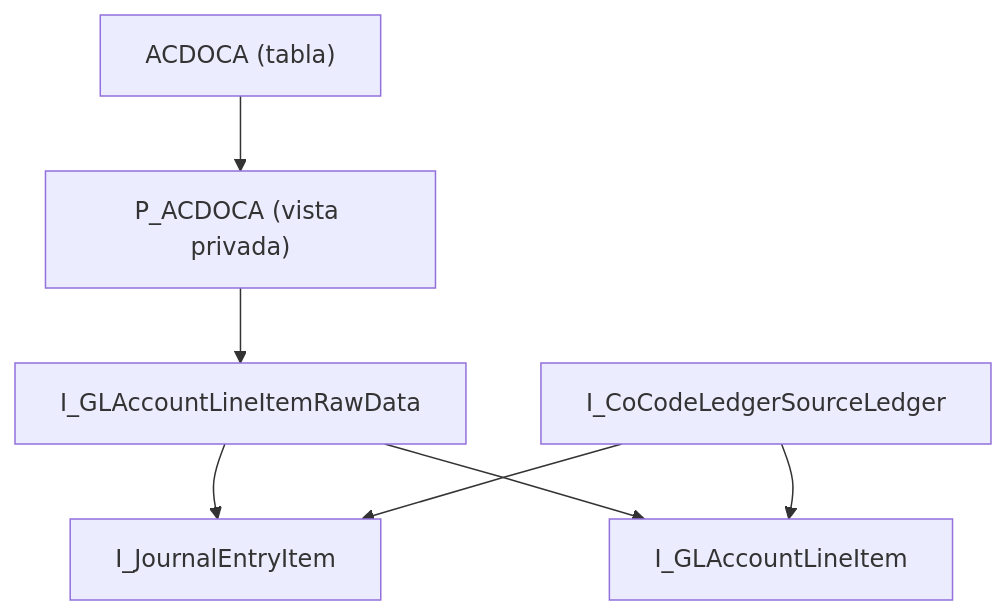
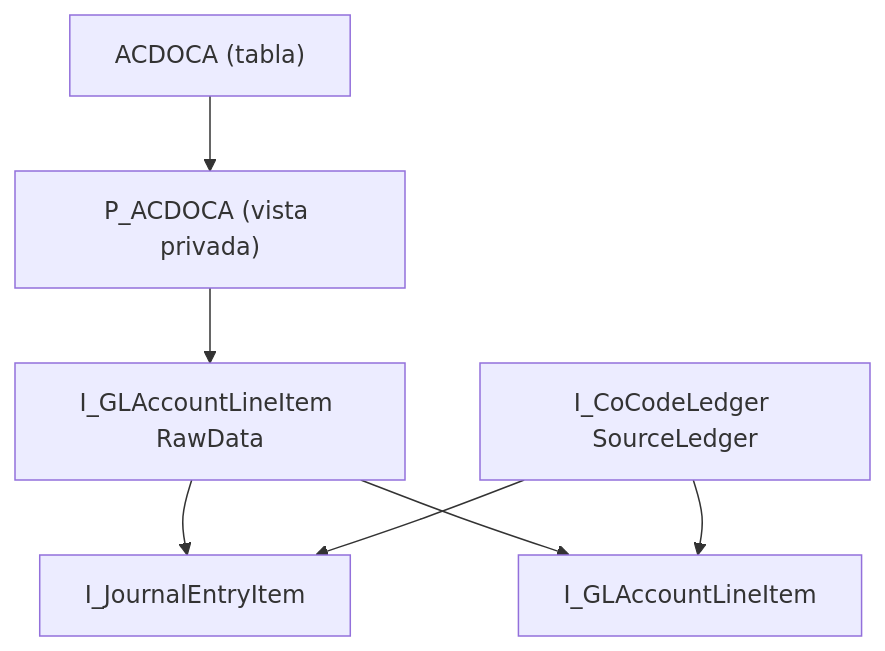
The diagram in es/vistas-cds-liberadas-journal-entry.mdx (logalitech/blog-content), drawn with Mermaid before and after one commit. The commit also changed other lines of this file, not shown here.

Commit message:
Corrección: nombres largos del diagrama de la pila de vistas
Los identificadores de más de unos 22 caracteres sin espacios se recortaban dentro del nodo al dibujar el diagrama.

````diff
--- a/es/vistas-cds-liberadas-journal-entry.mdx
+++ b/es/vistas-cds-liberadas-journal-entry.mdx
@@ -31,9 +32,9 @@
 ```mermaid
 flowchart TB
   A["ACDOCA (tabla)"] --> B["P_ACDOCA (vista privada)"]
-  B --> C["I_GLAccountLineItemRawData"]
+  B --> C["I_GLAccountLineItem RawData"]
   C --> D["I_JournalEntryItem"]
   C --> E["I_GLAccountLineItem"]
-  F["I_CoCodeLedgerSourceLedger"] --> D
+  F["I_CoCodeLedger SourceLedger"] --> D
   F --> E
 ```
````
